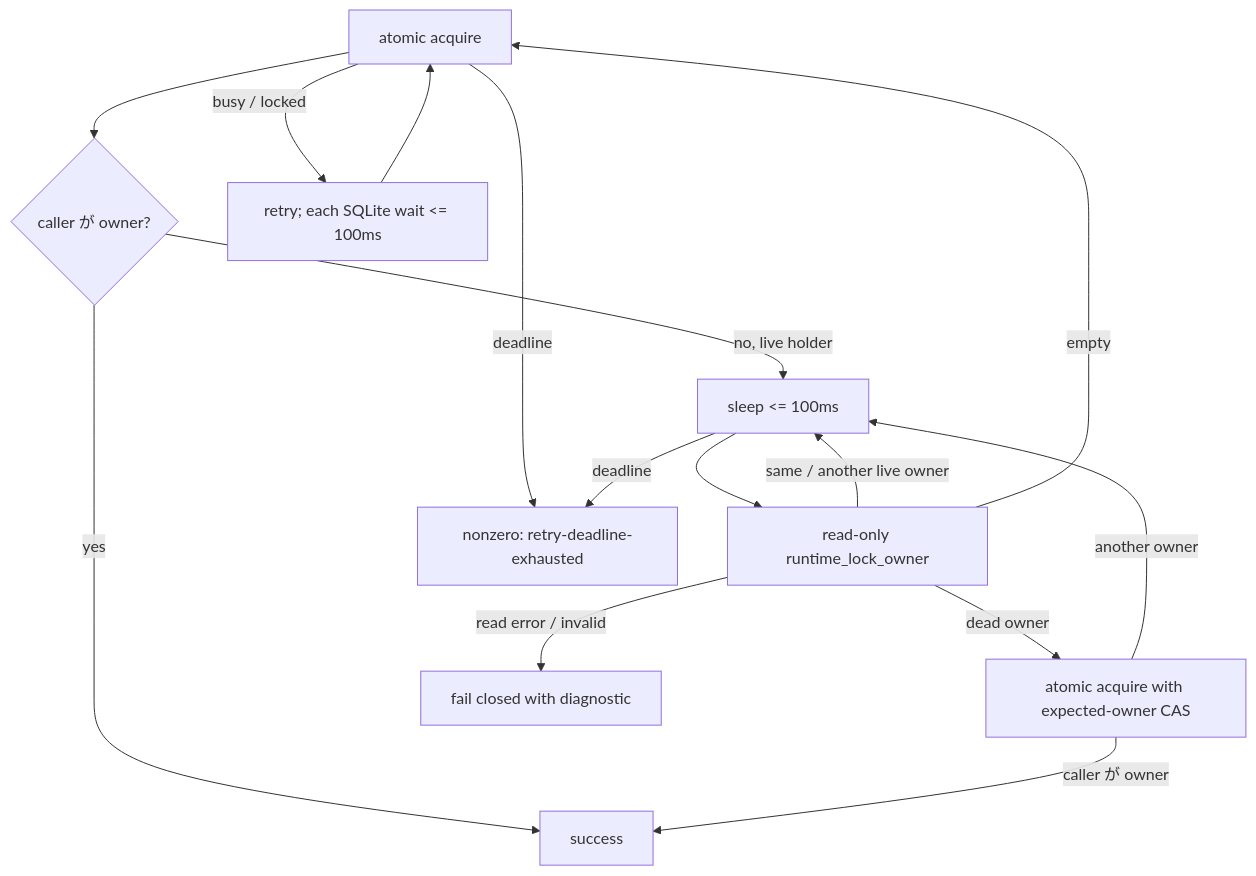
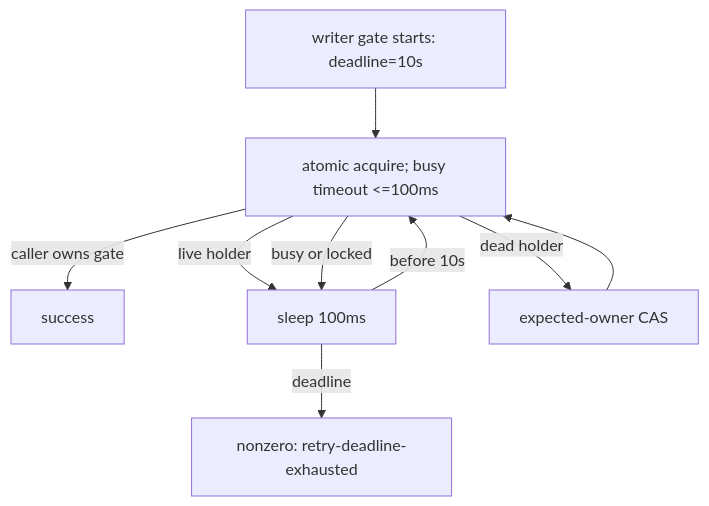
Before and after one commit to kappaseijin/agmsg: the diagram in docs/plan/2026-08-26_issue-198-writer-gate-live-holder-visibility.md, drawn with Mermaid. The commit also changed other lines of this file, not shown here.

Commit message:
docs: correct writer gate repair direction

````diff
--- a/docs/plan/2026-08-26_issue-198-writer-gate-live-holder-visibility.md
+++ b/docs/plan/2026-08-26_issue-198-writer-gate-live-holder-visibility.md
@@ -24,17 +28,11 @@
 ```mermaid
 flowchart TD
-    A[atomic acquire] --> B{caller が owner?}
-    B -->|yes| S[success]
-    B -->|no, live holder| C[sleep <= 100ms]
-    C --> D[read-only runtime_lock_owner]
-    D -->|same / another live owner| C
-    D -->|empty| A
-    D -->|dead owner| E[atomic acquire with expected-owner CAS]
-    E -->|caller が owner| S
-    E -->|another owner| C
-    D -->|read error / invalid| F[fail closed with diagnostic]
-    A -->|busy / locked| G[retry; each SQLite wait <= 100ms]
-    G --> A
-    A -->|deadline| H[nonzero: retry-deadline-exhausted]
-    C -->|deadline| H
+    A[writer gate starts: deadline=10s] --> B[atomic acquire; busy timeout <=100ms]
+    B -->|caller owns gate| S[success]
+    B -->|live holder| C[sleep 100ms]
+    C -->|before 10s| B
+    B -->|dead holder| D[expected-owner CAS]
+    D --> B
+    B -->|busy or locked| C
+    C -->|deadline| F[nonzero: retry-deadline-exhausted]
 ```
````
